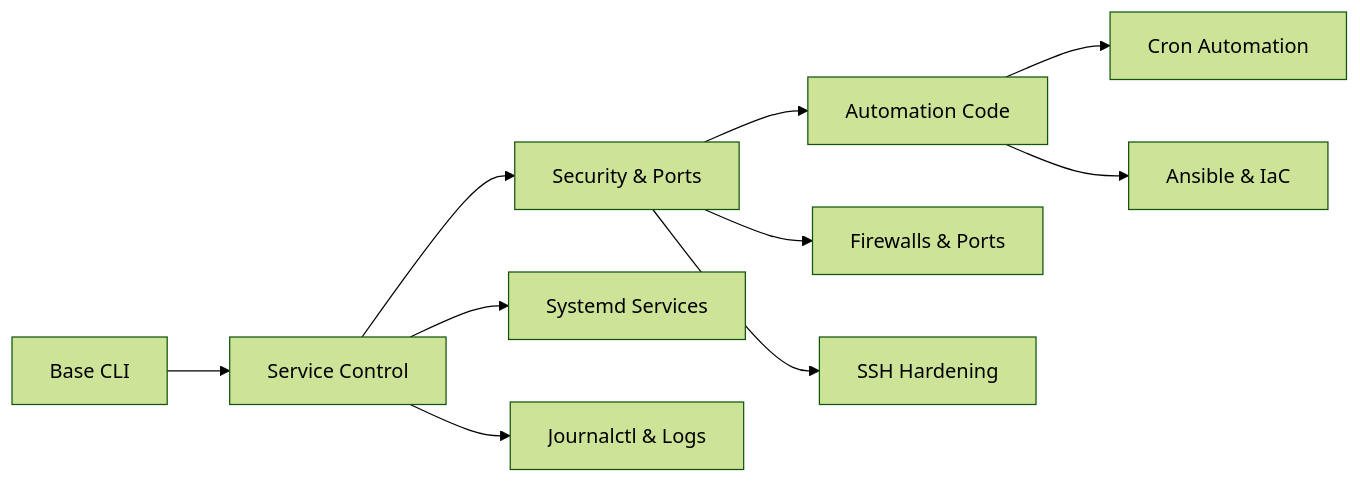
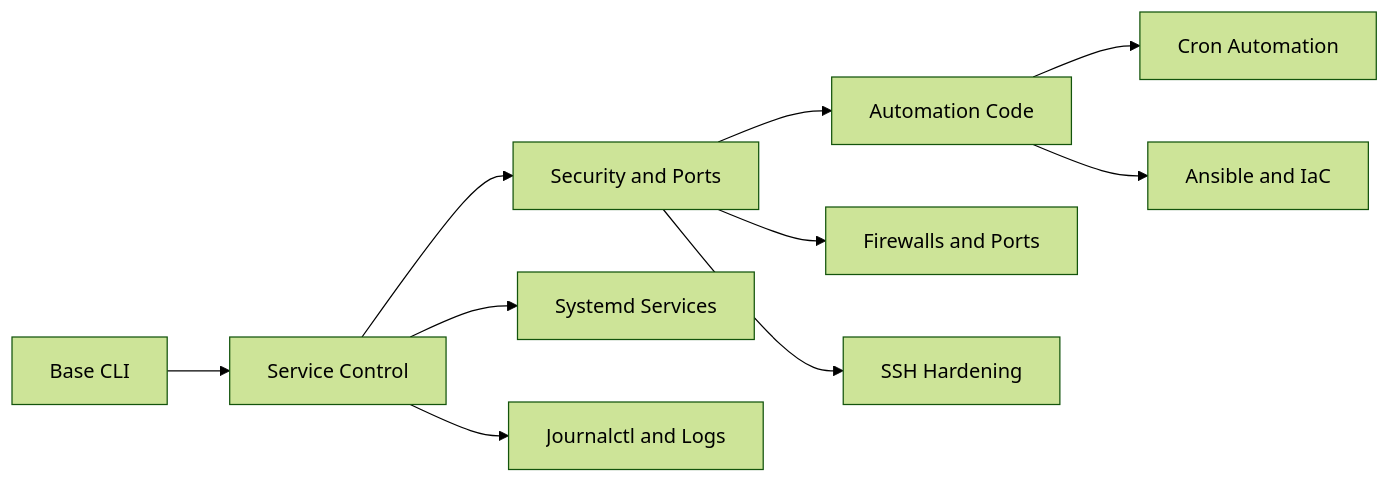
Before and after one commit to Harshajaya13/Foss-Club: the sixth of 7 diagrams in 02 - Building Your Foundation/01 - The Roadmap.md, drawn with Mermaid (forest theme). The commit also changed other lines of this file and 3 other files, not shown here.

Commit message:
fix raw ampersands in Mermaid and link contributing guide prominently in README

````diff
--- a/02 - Building Your Foundation/01 - The Roadmap.md
+++ b/02 - Building Your Foundation/01 - The Roadmap.md
@@ -179,15 +179,15 @@
 ```mermaid
 graph LR
     Base["Base CLI"] --> Services["Service Control"]
-    Services --> Sec["Security & Ports"]
+    Services --> Sec["Security and Ports"]
     Sec --> Automation["Automation Code"]
     
     Services --> Systemd["Systemd Services"]
-    Services --> Logs["Journalctl & Logs"]
+    Services --> Logs["Journalctl and Logs"]
     
-    Sec --> UFW["Firewalls & Ports"]
+    Sec --> UFW["Firewalls and Ports"]
     Sec --> Keys["SSH Hardening"]
     
     Automation --> Cron["Cron Automation"]
-    Automation --> IaC["Ansible & IaC"]
+    Automation --> IaC["Ansible and IaC"]
 ```
````
